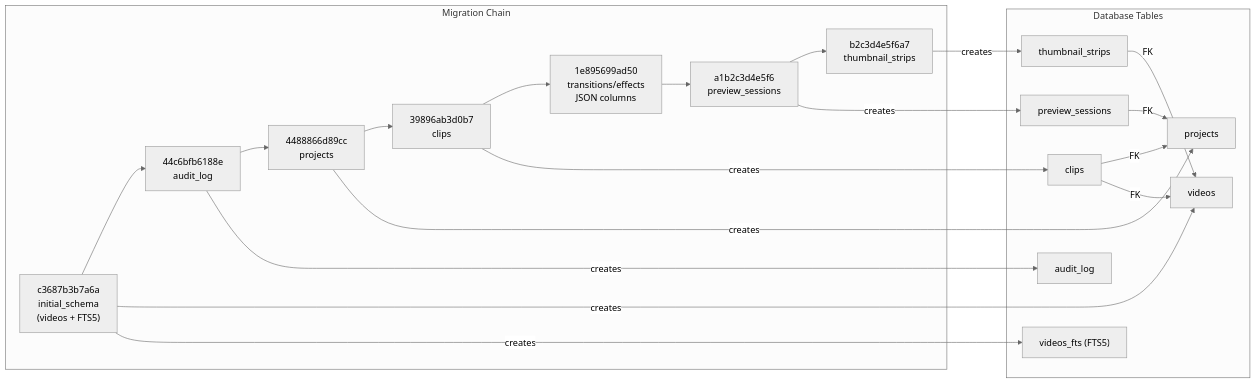
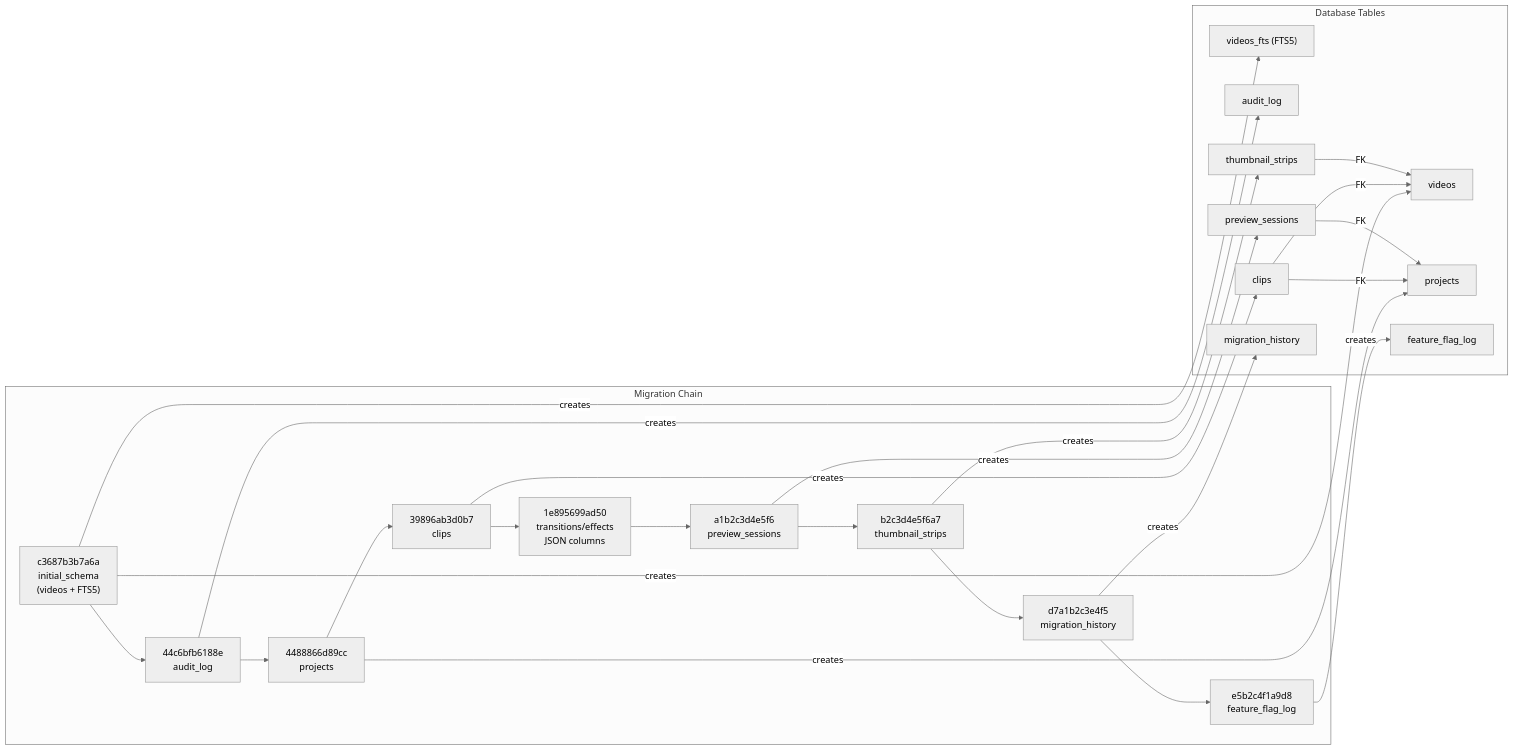
One commit to gwickman/stoat-and-ferret changed the diagram in docs/C4-Documentation/c4-code-alembic-versions.md. Above: the diagram before and after it, drawn with Mermaid (neutral theme). The commit also changed other lines of this file and 4 other files, not shown here.

````diff
--- a/docs/C4-Documentation/c4-code-alembic-versions.md
+++ b/docs/C4-Documentation/c4-code-alembic-versions.md
@@ -73,37 +85,43 @@
 ```mermaid
 graph LR
     subgraph "Migration Chain"
         M1["c3687b3b7a6a<br/>initial_schema<br/>(videos + FTS5)"]
         M2["44c6bfb6188e<br/>audit_log"]
         M3["4488866d89cc<br/>projects"]
         M4["39896ab3d0b7<br/>clips"]
         M5["1e895699ad50<br/>transitions/effects<br/>JSON columns"]
         M6["a1b2c3d4e5f6<br/>preview_sessions"]
         M7["b2c3d4e5f6a7<br/>thumbnail_strips"]
+        M8["d7a1b2c3e4f5<br/>migration_history"]
+        M9["e5b2c4f1a9d8<br/>feature_flag_log"]
     end
 
-    M1 --> M2 --> M3 --> M4 --> M5 --> M6 --> M7
+    M1 --> M2 --> M3 --> M4 --> M5 --> M6 --> M7 --> M8 --> M9
 
     subgraph "Database Tables"
         VIDEOS["videos"]
         FTS["videos_fts (FTS5)"]
         AUDIT["audit_log"]
         PROJECTS["projects"]
         CLIPS["clips"]
         PREVIEW["preview_sessions"]
         THUMBS["thumbnail_strips"]
+        MHIST["migration_history"]
+        FFLOG["feature_flag_log"]
     end
 
     M1 -->|"creates"| VIDEOS
     M1 -->|"creates"| FTS
     M2 -->|"creates"| AUDIT
     M3 -->|"creates"| PROJECTS
     M4 -->|"creates"| CLIPS
     M6 -->|"creates"| PREVIEW
     M7 -->|"creates"| THUMBS
+    M8 -->|"creates"| MHIST
+    M9 -->|"creates"| FFLOG
 
     CLIPS -->|"FK"| PROJECTS
     CLIPS -->|"FK"| VIDEOS
     PREVIEW -->|"FK"| PROJECTS
     THUMBS -->|"FK"| VIDEOS
 ```
````
